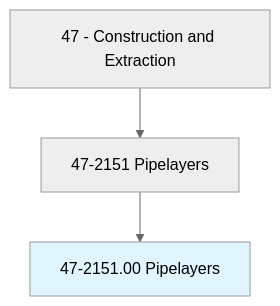
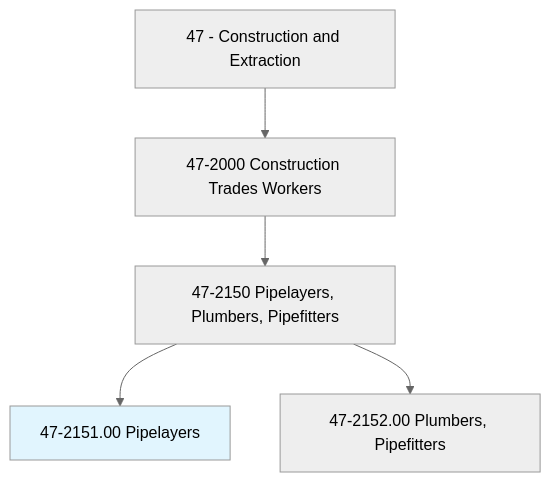
One commit to kziemski/business.org.ai changed the first of 4 diagrams in occupations/Construction/Pipelayers.mdx. Above: the diagram before and after it, drawn with Mermaid (neutral theme). The commit also changed other lines of this file and 938 other files, not shown here.

````diff
--- a/occupations/Construction/Pipelayers.mdx
+++ b/occupations/Construction/Pipelayers.mdx
@@ -19,6 +23,8 @@
 ```mermaid
 graph TD
-    Cat47["47 - Construction and Extraction"] --> Group472151["47-2151 Pipelayers"]
-    Group472151 --> Current["47-2151.00 Pipelayers"]
+    Cat47["47 - Construction and Extraction"] --> Group472["47-2000 Construction Trades Workers"]
+    Group472 --> Group4721["47-2150 Pipelayers, Plumbers, Pipefitters"]
+    Group4721 --> Current["47-2151.00 Pipelayers"]
+    Group4721 --> Plumber["47-2152.00 Plumbers, Pipefitters"]
     style Current fill:#e1f5fe
 ```
````
